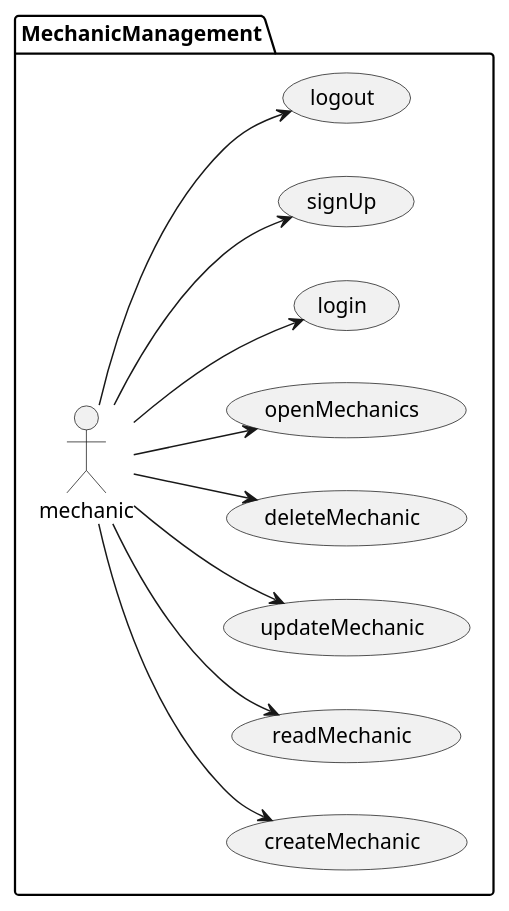
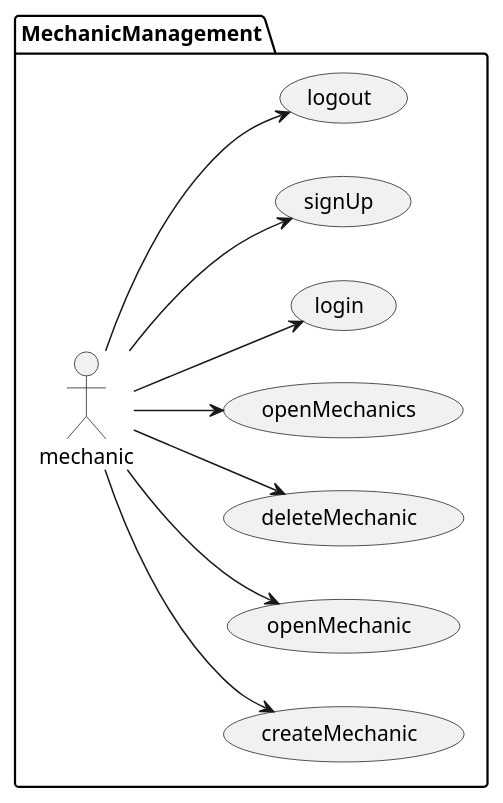
The diagram in documentation/requiremets/usecases/puml/mechianicUsecases.puml (Ruskab/agrimManager), drawn with PlantUML before and after one commit. The commit also changed 31 other files, not shown here.

```diff
--- a/documentation/requiremets/usecases/puml/mechianicUsecases.puml
+++ b/documentation/requiremets/usecases/puml/mechianicUsecases.puml
@@ -1,15 +1,14 @@
 @startuml
 left to right direction
 
 package MechanicManagement {
 :mechanic: --> (createMechanic)
-:mechanic: --> (readMechanic)
-:mechanic: --> (updateMechanic)
+:mechanic: --> (openMechanic)
 :mechanic: --> (deleteMechanic)
 :mechanic: --> (openMechanics)
 :mechanic: --> (login)
 :mechanic: --> (signUp)
 :mechanic: --> (logout)
 }
 
 @enduml
```
